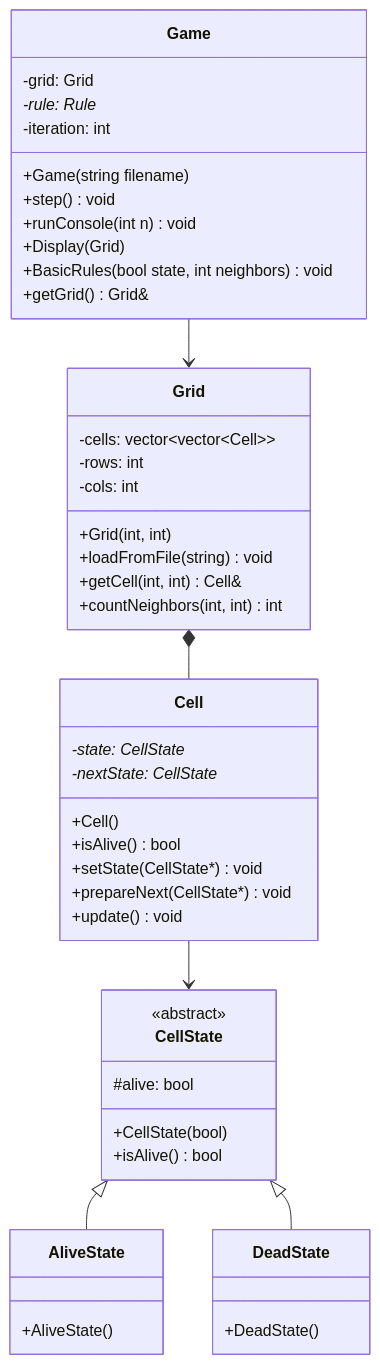
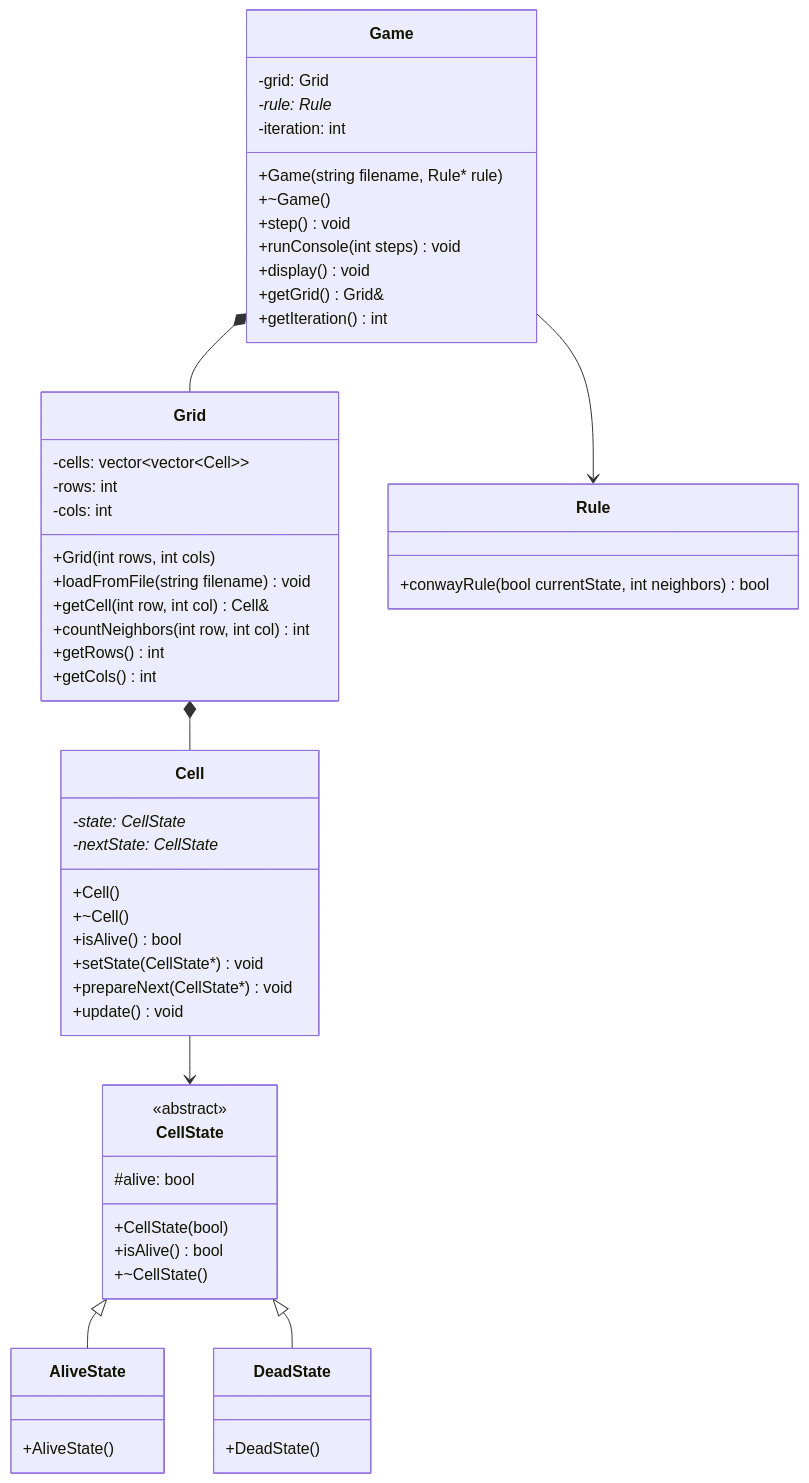
Before and after one commit to pablovgs/project-game-of-life: the diagram in Class.mmd, drawn with Mermaid.

Commit message:
Logic Upgrade

```diff
--- a/Class.mmd
+++ b/Class.mmd
@@ -1,58 +1,72 @@
 classDiagram
-    %% Ajouterl'extension Mermaid Chart dans VSCode
-    %% Pour afficher, Crtl+Shift+P -> "Markdown: Preview Mermaid Diagram"
+    
+    %% Ajouter l'extension Mermaid Chart 
+    %% Crtl+Shift+P -> "Preview Mermaid Diagram"
 
     class CellState {
         <<abstract>>
         #alive: bool
         +CellState(bool)
         +isAlive() bool
-      }
+        +~CellState()
+    }
     
     class AliveState {
         +AliveState()
     }
     
     class DeadState {
         +DeadState()
     }
-    
+
 
     class Cell {
         -state: CellState*
         -nextState: CellState*
         +Cell()
+        +~Cell()
         +isAlive() bool
         +setState(CellState*) void
         +prepareNext(CellState*) void
         +update() void
     }
     
+
     class Grid {
         -cells: vector~vector~Cell~~
         -rows: int
         -cols: int
-        +Grid(int, int)
-        +loadFromFile(string) void
-        +getCell(int, int) Cell&
-        +countNeighbors(int, int) int
+        +Grid(int rows, int cols)
+        +loadFromFile(string filename) void
+        +getCell(int row, int col) Cell&
+        +countNeighbors(int row, int col) int
+        +getRows() int
+        +getCols() int
     }
     
+
+    class Rule {
+        +conwayRule(bool currentState, int neighbors) bool
+    }
+    
+
     class Game {
         -grid: Grid
         -rule: Rule*
         -iteration: int
-        +Game(string filename)
+        +Game(string filename, Rule* rule)
+        +~Game()
         +step() void
-        +runConsole(int n) void
-        +Display(Grid)
-        +BasicRules (bool state, int neighbors) void
+        +runConsole(int steps) void
+        +display() void
         +getGrid() Grid&
+        +getIteration() int
     }
     
     
     CellState <|-- AliveState
     CellState <|-- DeadState
     Cell --> CellState
     Grid *-- Cell
-    Game --> Grid
+    Game *-- Grid 
+    Game --> Rule
```
